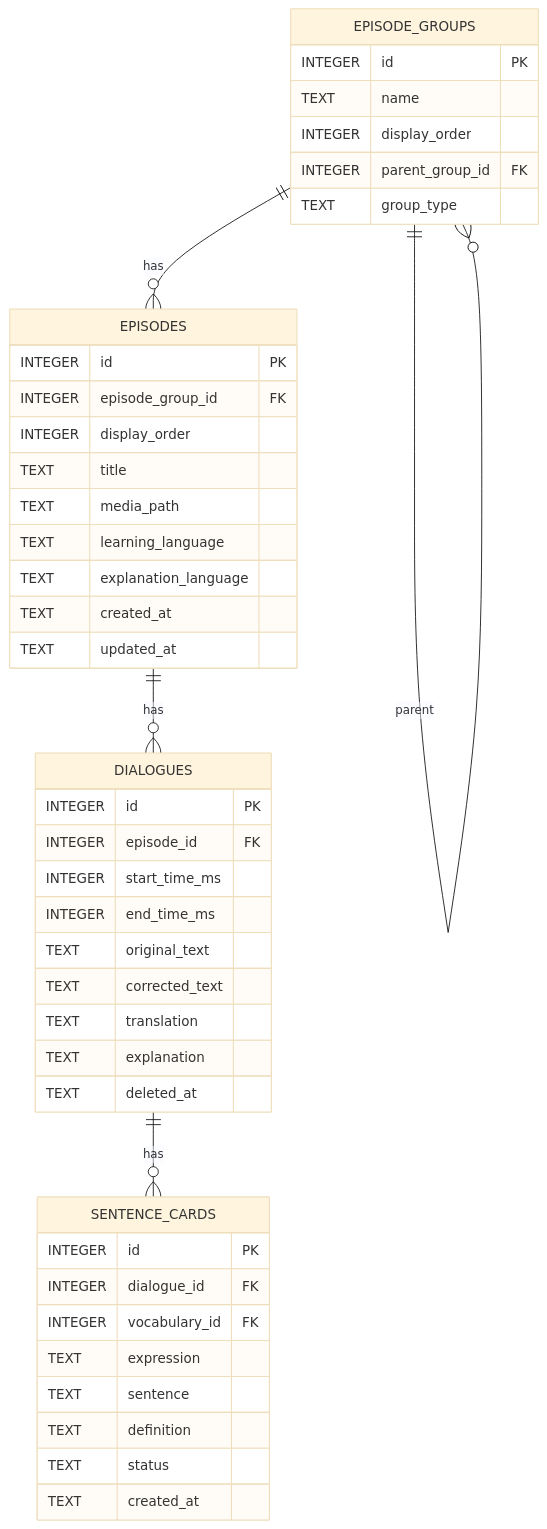
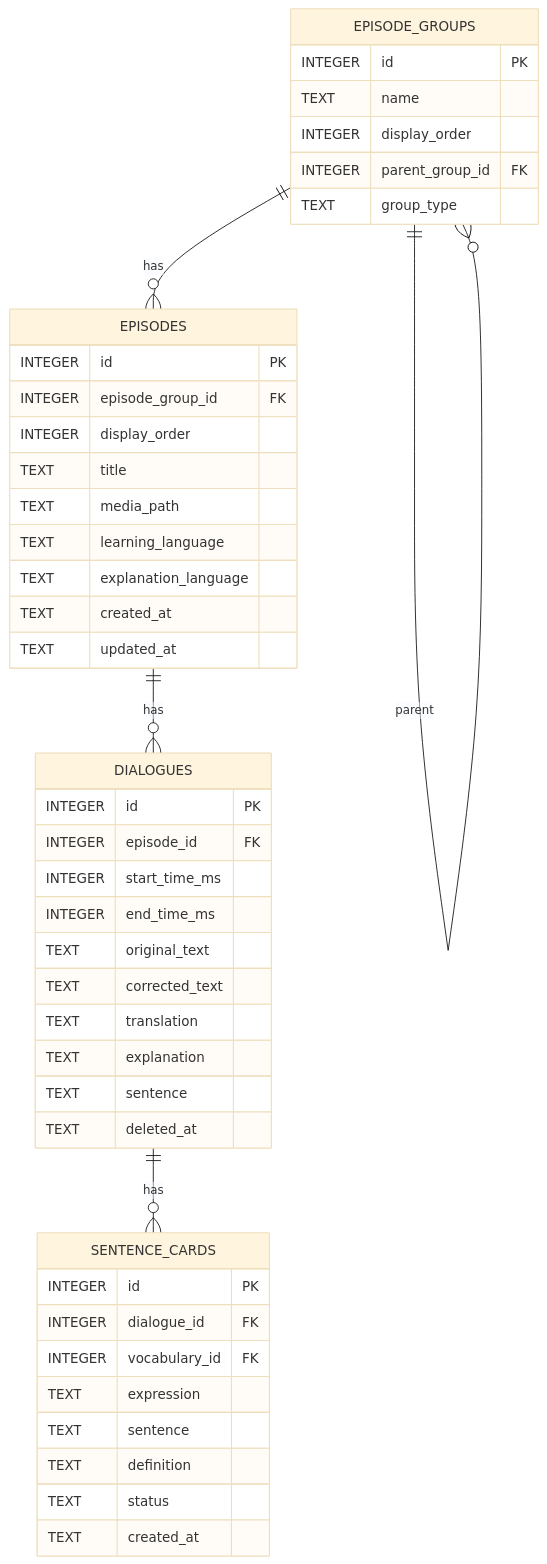
The second of 2 diagrams in doc/technical_specifications.md (k5n/kotonoha), drawn with Mermaid (base theme) before and after one commit. The commit also changed other lines of this file and 8 other files, not shown here.

````diff
--- a/doc/technical_specifications.md
+++ b/doc/technical_specifications.md
@@ -159,47 +159,48 @@
 ```mermaid
 erDiagram
     EPISODE_GROUPS {
         INTEGER id PK
         TEXT name
         INTEGER display_order
         INTEGER parent_group_id FK
         TEXT group_type
     }
     EPISODES {
         INTEGER id PK
         INTEGER episode_group_id FK
         INTEGER display_order
         TEXT title
         TEXT media_path
         TEXT learning_language
         TEXT explanation_language
         TEXT created_at
         TEXT updated_at
     }
     DIALOGUES {
         INTEGER id PK
         INTEGER episode_id FK
         INTEGER start_time_ms
         INTEGER end_time_ms
         TEXT original_text
         TEXT corrected_text
         TEXT translation
         TEXT explanation
+        TEXT sentence
         TEXT deleted_at
     }
     SENTENCE_CARDS {
         INTEGER id PK
         INTEGER dialogue_id FK
         INTEGER vocabulary_id FK
         TEXT expression
         TEXT sentence
         TEXT definition
         TEXT status
         TEXT created_at
     }
 
     EPISODE_GROUPS ||--o{ EPISODE_GROUPS : "parent"
     EPISODE_GROUPS ||--o{ EPISODES : "has"
     EPISODES ||--o{ DIALOGUES : "has"
     DIALOGUES ||--o{ SENTENCE_CARDS : "has"
 ```
````
